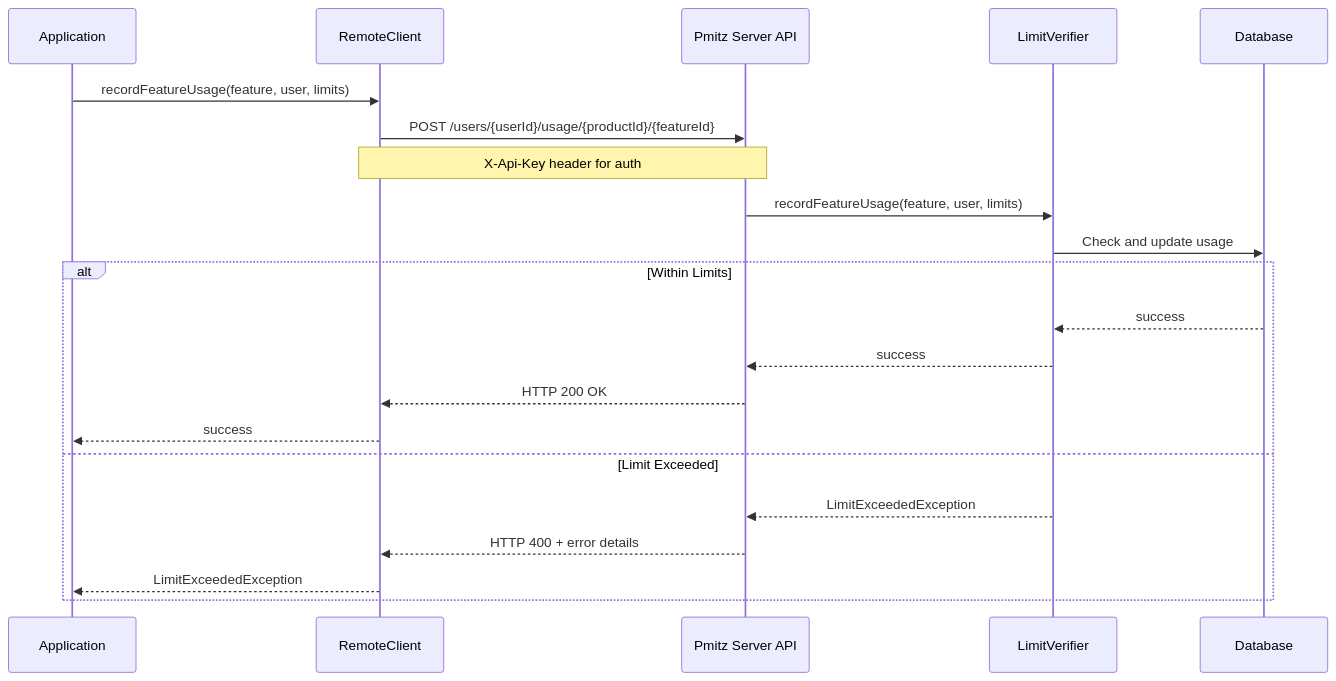
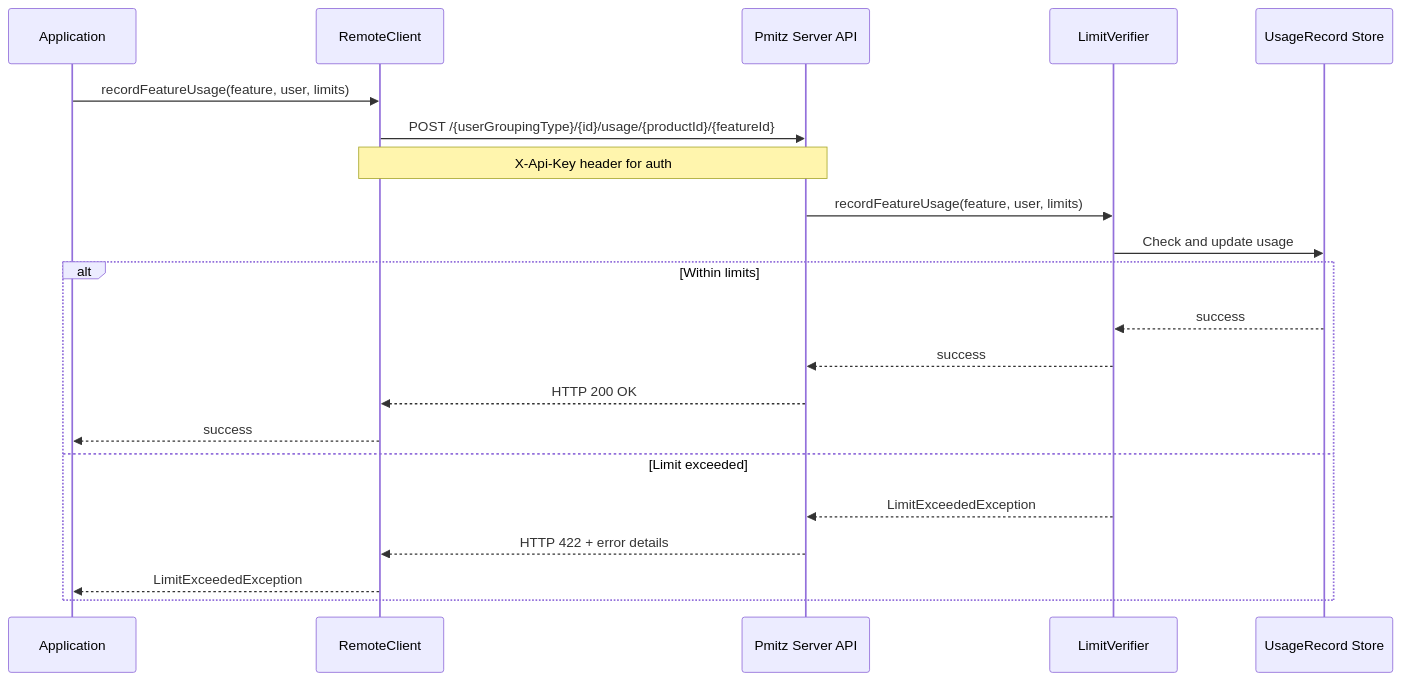
The fourth of 4 diagrams in docs/local-vs-remote-modes.md (terpomo-io/pmitz), drawn with Mermaid before and after one commit. The commit also changed other lines of this file and 3 other files, not shown here.

````diff
--- a/docs/local-vs-remote-modes.md
+++ b/docs/local-vs-remote-modes.md
@@ -142,24 +97,24 @@
 ```mermaid
 sequenceDiagram
     participant App as Application
     participant RC as RemoteClient
     participant API as Pmitz Server API
     participant LV as LimitVerifier
-    participant DB as Database
+    participant US as UsageRecord Store
 
     App->>RC: recordFeatureUsage(feature, user, limits)
-    RC->>API: POST /users/{userId}/usage/{productId}/{featureId}
+    RC->>API: POST /{userGroupingType}/{id}/usage/{productId}/{featureId}
     Note over RC,API: X-Api-Key header for auth
     API->>LV: recordFeatureUsage(feature, user, limits)
-    LV->>DB: Check and update usage
-    alt Within Limits
-        DB-->>LV: success
+    LV->>US: Check and update usage
+    alt Within limits
+        US-->>LV: success
         LV-->>API: success
         API-->>RC: HTTP 200 OK
         RC-->>App: success
-    else Limit Exceeded
+    else Limit exceeded
         LV-->>API: LimitExceededException
-        API-->>RC: HTTP 400 + error details
+        API-->>RC: HTTP 422 + error details
         RC-->>App: LimitExceededException
     end
 ```
````
